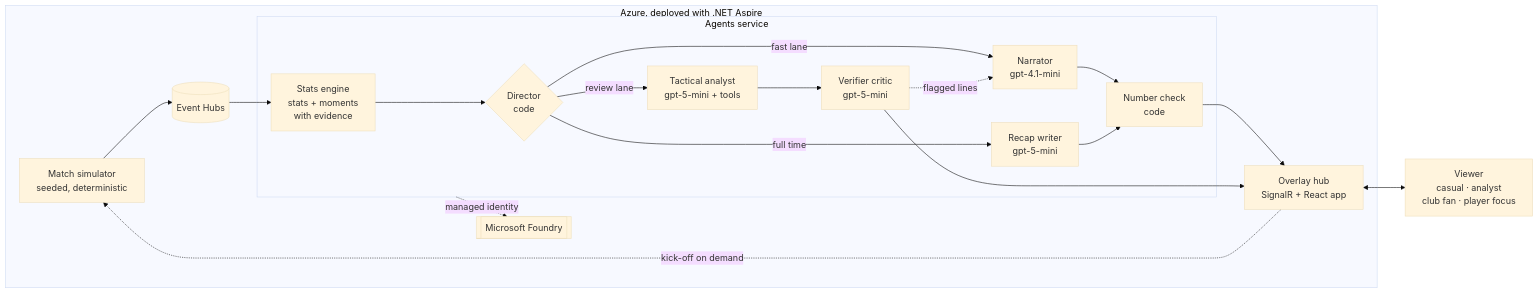
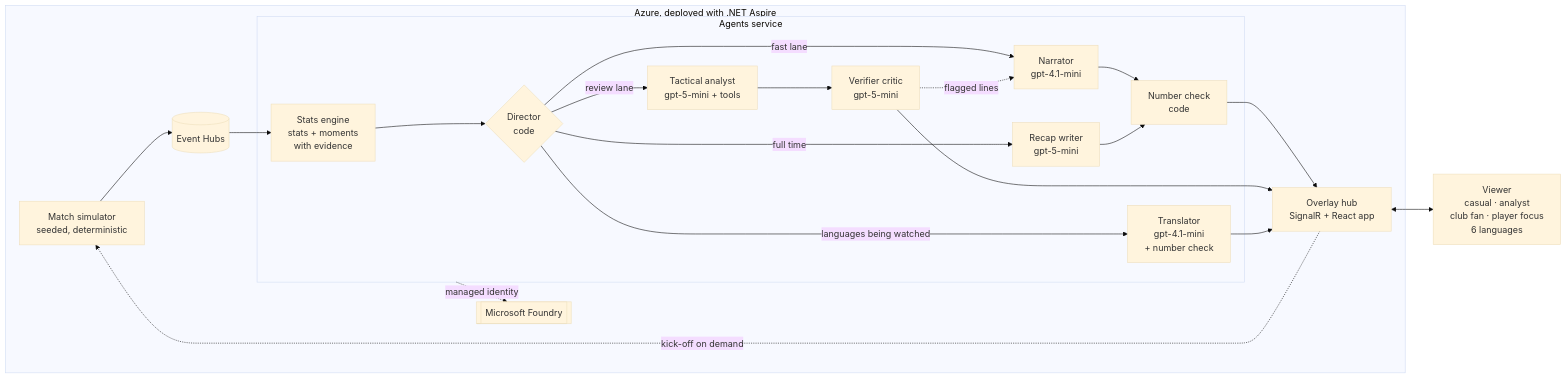
One commit to paulap887/matchdirector changed the diagram in README.md. Above: the diagram before and after it, drawn with Mermaid (base theme). The commit also changed other lines of this file and 6 other files, not shown here.

````diff
--- a/README.md
+++ b/README.md
@@ -21,28 +23,30 @@
 ```mermaid
 flowchart LR
     subgraph Azure["Azure, deployed with .NET Aspire"]
         SIM[Match simulator<br/>seeded, deterministic]
         EH[(Event Hubs)]
         subgraph Agents["Agents service"]
             SE[Stats engine<br/>stats + moments<br/>with evidence]
             DIR{Director<br/>code}
             NAR[Narrator<br/>gpt-4.1-mini]
             CHK[Number check<br/>code]
             ANA[Tactical analyst<br/>gpt-5-mini + tools]
             CRI[Verifier critic<br/>gpt-5-mini]
             REC[Recap writer<br/>gpt-5-mini]
+            TRN[Translator<br/>gpt-4.1-mini<br/>+ number check]
         end
         HUB[Overlay hub<br/>SignalR + React app]
         FOUNDRY[[Microsoft Foundry]]
     end
-    UI[Viewer<br/>casual · analyst<br/>club fan · player focus]
+    UI[Viewer<br/>casual · analyst<br/>club fan · player focus<br/>6 languages]
 
     SIM --> EH --> SE --> DIR
     DIR -- fast lane --> NAR --> CHK --> HUB
     DIR -- review lane --> ANA --> CRI --> HUB
     CRI -. flagged lines .-> NAR
     DIR -- full time --> REC --> CHK
+    DIR -- languages being watched --> TRN --> HUB
     HUB <--> UI
     HUB -. kick-off on demand .-> SIM
     Agents -. managed identity .-> FOUNDRY
 ```
````
